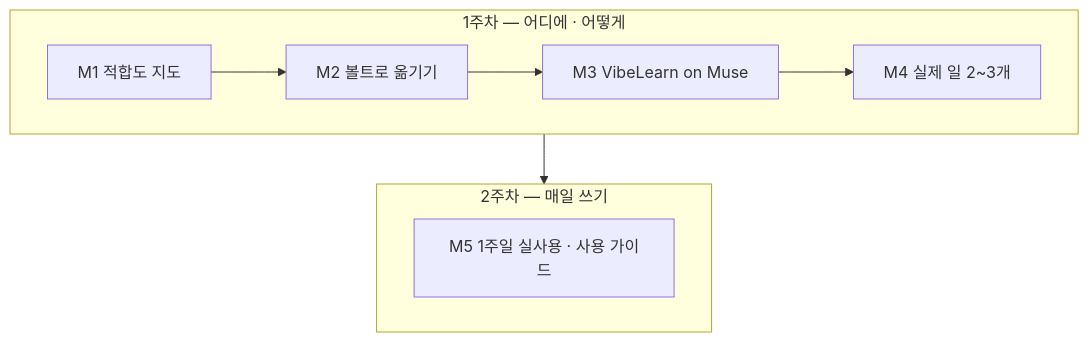
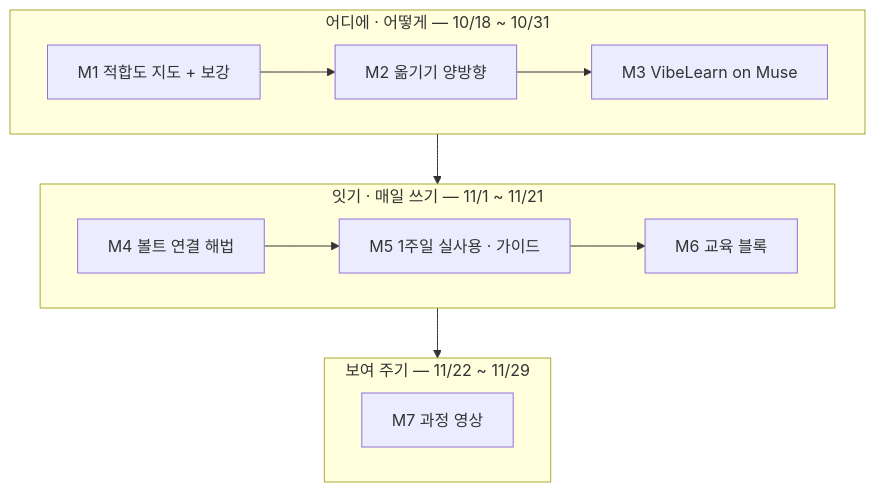
Before and after one commit to solkit70/CatchUpAI_VL: the diagram in Topics/Muse-My-Workflow/vl_roadmap/20261018_RoadMap_Muse-My-Workflow.md, drawn with Mermaid. The commit also changed other lines of this file and 124 other files, not shown here.

````diff
--- a/Topics/Muse-My-Workflow/vl_roadmap/20261018_RoadMap_Muse-My-Workflow.md
+++ b/Topics/Muse-My-Workflow/vl_roadmap/20261018_RoadMap_Muse-My-Workflow.md
@@ -56,12 +87,16 @@
 ```mermaid
 flowchart TB
-  subgraph W1["1주차 — 어디에 · 어떻게"]
+  subgraph A["어디에 · 어떻게 — 10/18 ~ 10/31"]
     direction LR
-    M1["M1 적합도 지도"] --> M2["M2 볼트로 옮기기"] --> M3["M3 VibeLearn on Muse"] --> M4["M4 실제 일 2~3개"]
+    M1["M1 적합도 지도 + 보강"] --> M2["M2 옮기기 양방향"] --> M3["M3 VibeLearn on Muse"]
   end
-  subgraph W2["2주차 — 매일 쓰기"]
+  subgraph B["잇기 · 매일 쓰기 — 11/1 ~ 11/21"]
     direction LR
-    M5["M5 1주일 실사용 · 사용 가이드"]
+    M4["M4 볼트 연결 해법"] --> M5["M5 1주일 실사용 · 가이드"] --> M6["M6 교육 블록"]
   end
-  W1 --> W2
+  subgraph C["보여 주기 — 11/22 ~ 11/29"]
+    direction LR
+    M7["M7 과정 영상"]
+  end
+  A --> B --> C
 ```
````
